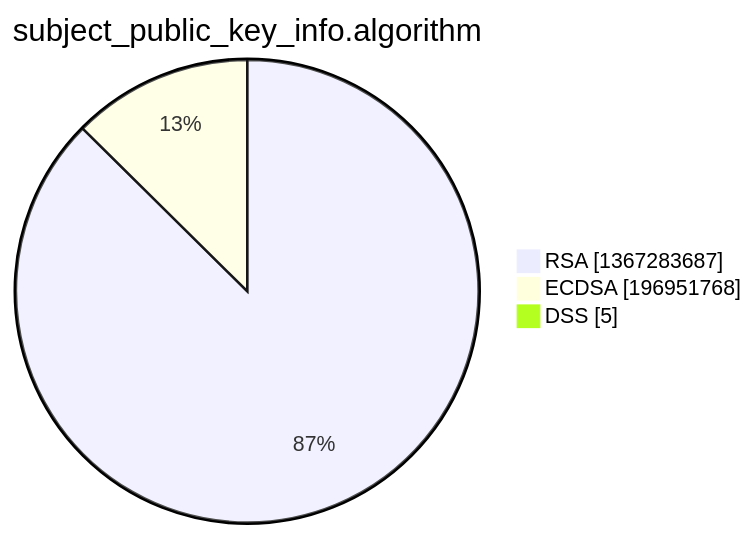
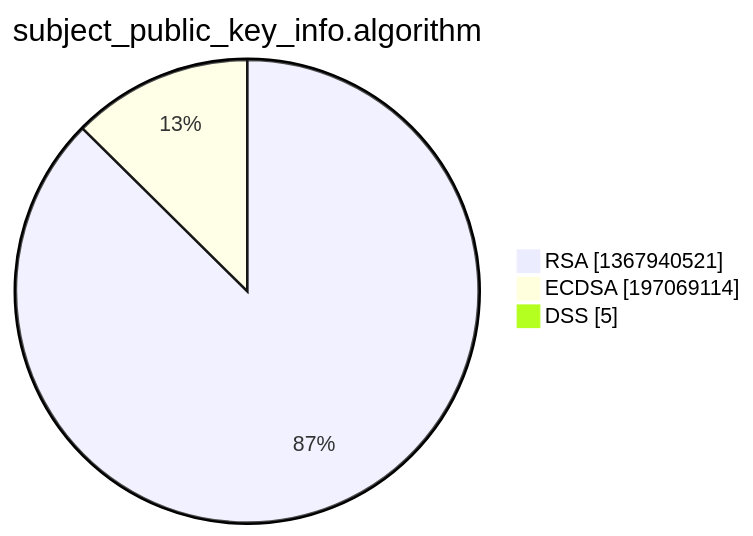
The third of 15 diagrams in xenon2022/README.md (christiankrug/ctmonitor_visualization), drawn with Mermaid before and after one commit. The commit also changed other lines of this file, not shown here.

````diff
--- a/xenon2022/README.md
+++ b/xenon2022/README.md
@@ -14,7 +14,7 @@
 ```mermaid
 pie showData
 title subject_public_key_info.algorithm
-"RSA" :1367283687
-"ECDSA" :196951768
+"RSA" :1367940521
+"ECDSA" :197069114
 "DSS" :5
 ```
````
